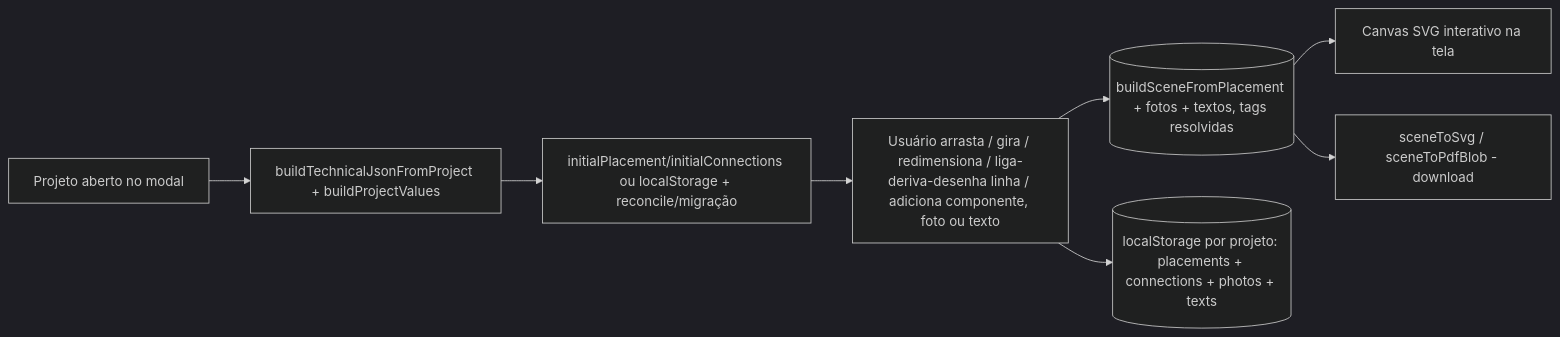
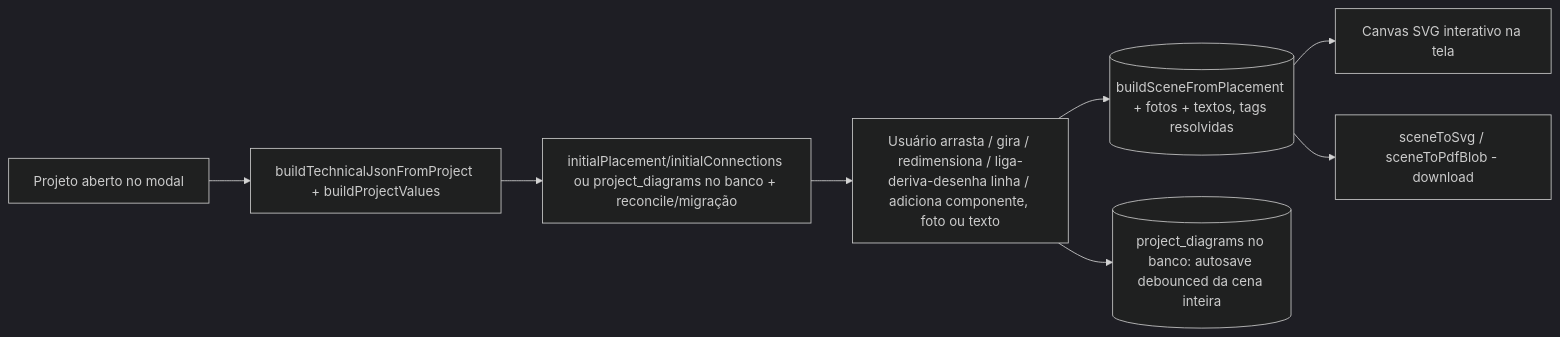
Before and after one commit to luixera/pv-harmony-hub: the diagram in docs/modules/diagrams/overview.md, drawn with Mermaid (dark theme). The commit also changed other lines of this file and 6 other files, not shown here.

````diff
--- a/docs/modules/diagrams/overview.md
+++ b/docs/modules/diagrams/overview.md
@@ -347,10 +371,10 @@
 ```mermaid
 flowchart LR
   Proj[Projeto aberto no modal] --> Build[buildTechnicalJsonFromProject + buildProjectValues]
-  Build --> Init[initialPlacement/initialConnections ou localStorage + reconcile/migração]
+  Build --> Init[initialPlacement/initialConnections ou project_diagrams no banco + reconcile/migração]
   Init --> Edit[Usuário arrasta / gira / redimensiona / liga-deriva-desenha linha / adiciona componente, foto ou texto]
   Edit --> Scene[(buildSceneFromPlacement + fotos + textos, tags resolvidas)]
   Scene --> Svg[Canvas SVG interativo na tela]
   Scene --> Down[sceneToSvg / sceneToPdfBlob - download]
-  Edit --> LS[(localStorage por projeto: placements + connections + photos + texts)]
+  Edit --> DB[(project_diagrams no banco: autosave debounced da cena inteira)]
 ```
````
